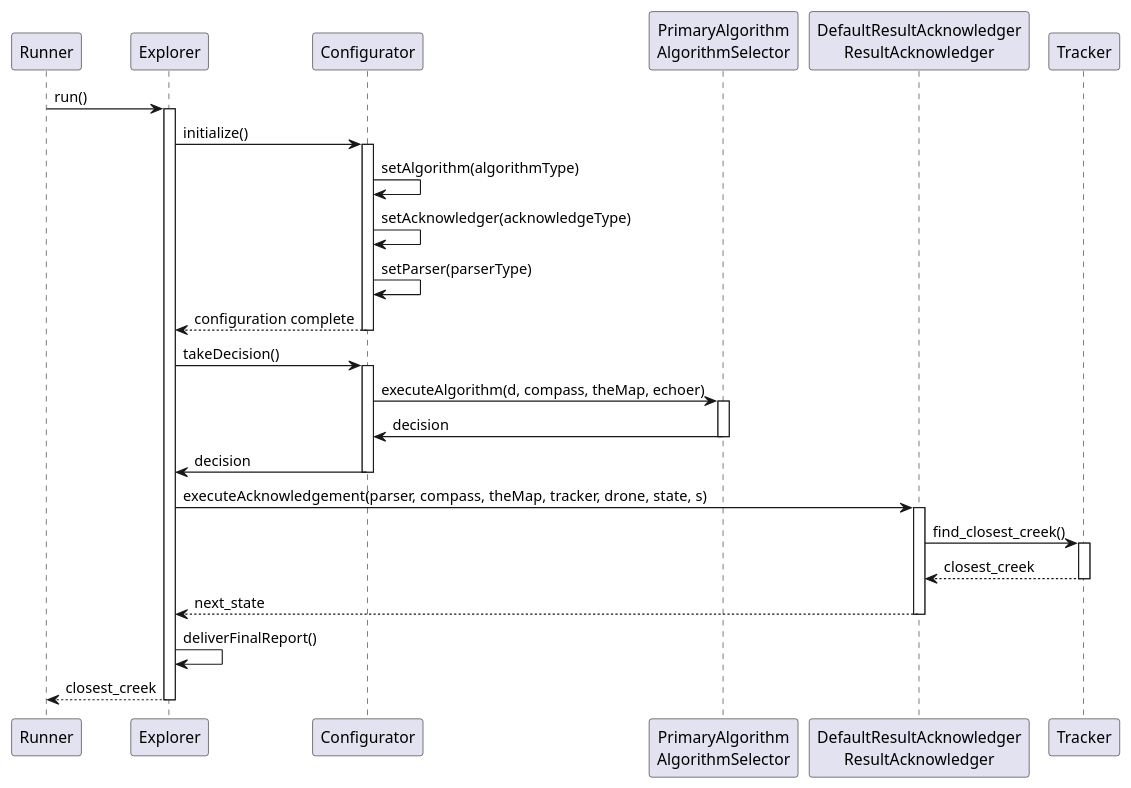
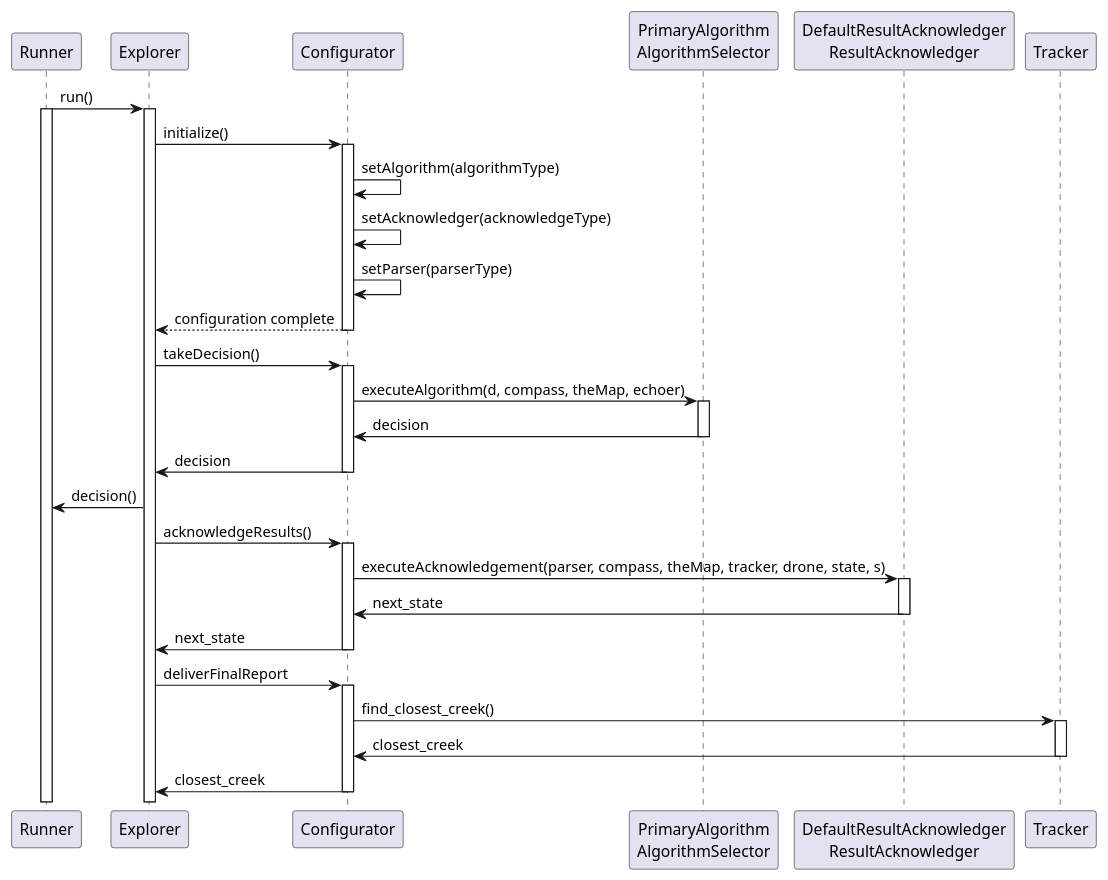
One commit to nehadst/Drone-Rescue changed the diagram in SequenceDiagram.plantuml. Above: the diagram before and after it, drawn with PlantUML.

Commit message:
Further implemented Configurator and fixed diagram, #56

```diff
--- a/SequenceDiagram.plantuml
+++ b/SequenceDiagram.plantuml
@@ -1,43 +1,54 @@
-@startuml Sequence_Diagram
+@startuml
 
 participant Runner
 participant Explorer
 participant Configurator
 participant "PrimaryAlgorithm\nAlgorithmSelector" as PrimaryAlgorithm
 participant "DefaultResultAcknowledger\nResultAcknowledger" as DefaultResultAcknowledger
 participant Tracker
 
 Runner -> Explorer : run()
+activate Runner
 activate Explorer
 
 Explorer -> Configurator : initialize()
 activate Configurator
 Configurator -> Configurator : setAlgorithm(algorithmType)
 Configurator -> Configurator : setAcknowledger(acknowledgeType)
 Configurator -> Configurator : setParser(parserType)
 Configurator --> Explorer : configuration complete
 deactivate Configurator
 
 Explorer -> Configurator : takeDecision()
 activate Configurator
 Configurator -> PrimaryAlgorithm : executeAlgorithm(d, compass, theMap, echoer)
 activate PrimaryAlgorithm
 PrimaryAlgorithm -> Configurator : decision
 deactivate PrimaryAlgorithm
 Configurator -> Explorer : decision
 deactivate Configurator
+Explorer -> Runner : decision()
 
-Explorer -> DefaultResultAcknowledger : executeAcknowledgement(parser, compass, theMap, tracker, drone, state, s)
+Explorer -> Configurator : acknowledgeResults()
+activate Configurator
+Configurator -> DefaultResultAcknowledger : executeAcknowledgement(parser, compass, theMap, tracker, drone, state, s)
 activate DefaultResultAcknowledger
-DefaultResultAcknowledger -> Tracker : find_closest_creek()
+DefaultResultAcknowledger -> Configurator : next_state
+deactivate DefaultResultAcknowledger
+Configurator -> Explorer : next_state
+deactivate Configurator
+
+
+Explorer -> Configurator : deliverFinalReport
+activate Configurator
+Configurator -> Tracker : find_closest_creek()
 activate Tracker
-Tracker --> DefaultResultAcknowledger : closest_creek
+Tracker -> Configurator : closest_creek
 deactivate Tracker
-DefaultResultAcknowledger --> Explorer : next_state
-deactivate DefaultResultAcknowledger
+Configurator -> Explorer : closest_creek
+deactivate Configurator
 
-Explorer -> Explorer : deliverFinalReport()
-Explorer --> Runner : closest_creek
-deactivate Explorer
+
+
 
 @enduml
```
